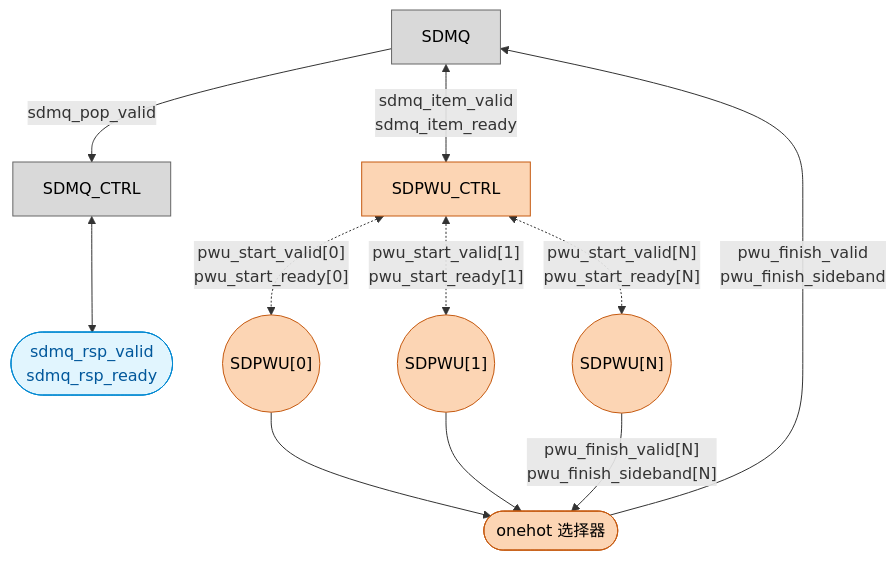
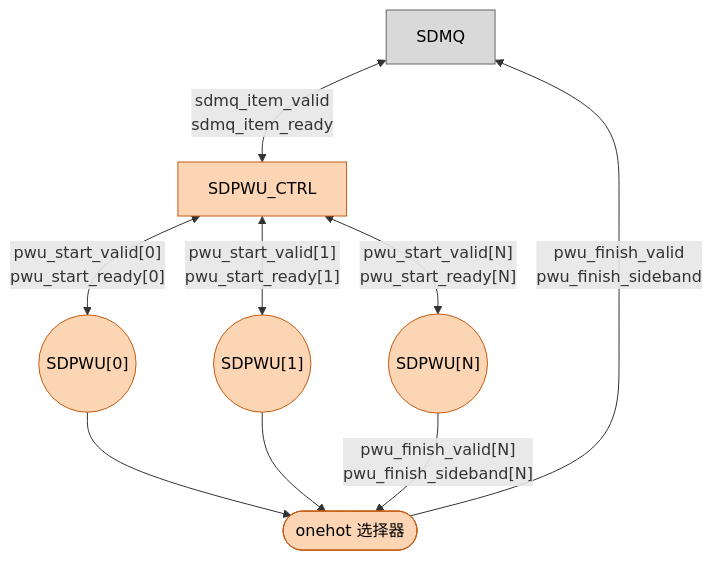
One commit to DuBirdFly/C1_SDecoder changed the third of 8 diagrams in doc/design_plan/SDecoder 设计方案 v1.0.md. Above: the diagram before and after it, drawn with Mermaid. The commit also changed other lines of this file, not shown here.

First line of the commit message:
docs(design): SDPWU_CTRL 图去掉 SDMQ_CTRL, SDPWU 的 finish 改为单拍有效信号

````diff
--- a/doc/design_plan/SDecoder 设计方案 v1.0.md
+++ b/doc/design_plan/SDecoder 设计方案 v1.0.md
@@ -315,27 +313,21 @@
 ```mermaid
 flowchart TD
-    MQ(["sdmq_rsp_valid<br/>sdmq_rsp_ready"])
-    MCTRL["SDMQ_CTRL"]
     SDMQ["SDMQ"]
     CTRL["SDPWU_CTRL"]
     SDPWU0(("SDPWU[0]"))
     SDPWU1(("SDPWU[1]"))
     SDPWUN(("SDPWU[N]"))
     SEL(["onehot 选择器"])
-    MCTRL <--> MQ
-    SDMQ -->|"sdmq_pop_valid"| MCTRL
     SDMQ <-->|"sdmq_item_valid<br/>sdmq_item_ready"| CTRL
-    CTRL <-.->|"pwu_start_valid[0]<br/>pwu_start_ready[0]"| SDPWU0
-    CTRL <-.->|"pwu_start_valid[1]<br/>pwu_start_ready[1]"| SDPWU1
-    CTRL <-.->|"pwu_start_valid[N]<br/>pwu_start_ready[N]"| SDPWUN
+    CTRL <-->|"pwu_start_valid[0]<br/>pwu_start_ready[0]"| SDPWU0
+    CTRL <-->|"pwu_start_valid[1]<br/>pwu_start_ready[1]"| SDPWU1
+    CTRL <-->|"pwu_start_valid[N]<br/>pwu_start_ready[N]"| SDPWUN
     SDPWU0 --> SEL
     SDPWU1 --> SEL
     SDPWUN -->|"pwu_finish_valid[N]<br/>pwu_finish_sideband[N]"| SEL
     SEL -->|"pwu_finish_valid<br/>pwu_finish_sideband"| SDMQ
     classDef gray fill:#d9d9d9,stroke:#666666,color:#000000
     classDef orange fill:#fcd5b4,stroke:#c55a11,color:#000000
-    classDef iface fill:#e1f5fe,stroke:#0288d1,color:#01579b
-    class MCTRL,SDMQ gray
+    class SDMQ gray
     class CTRL,SDPWU0,SDPWU1,SDPWUN,SEL orange
-    class MQ iface
 ```
````
